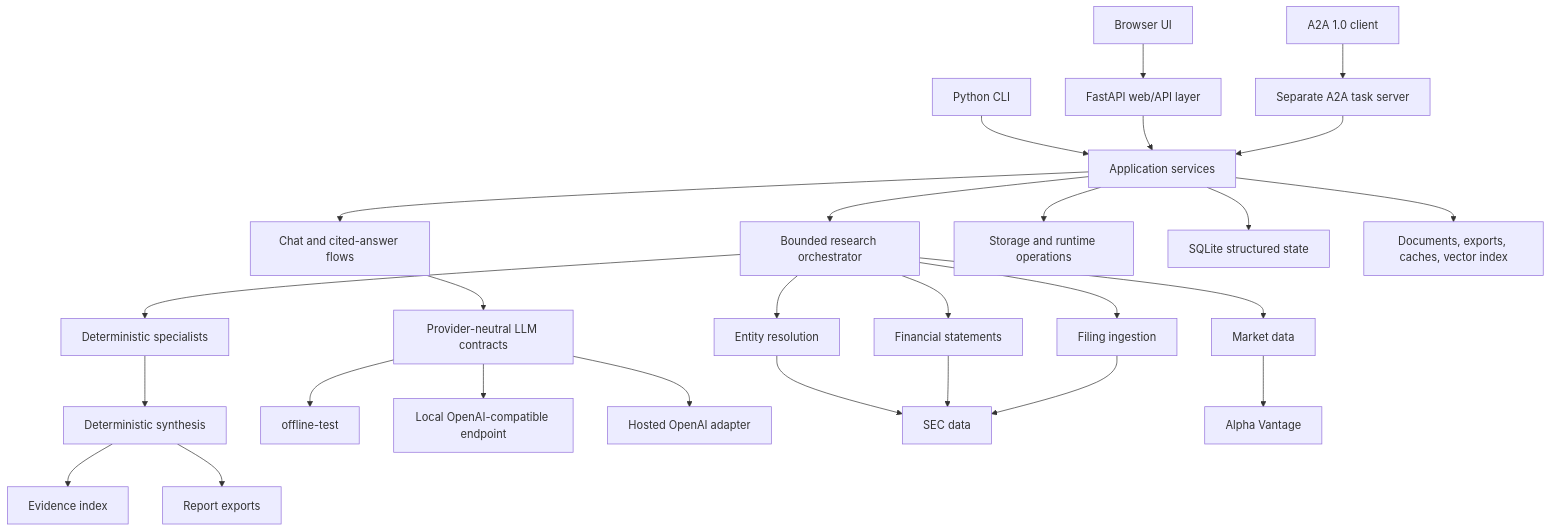
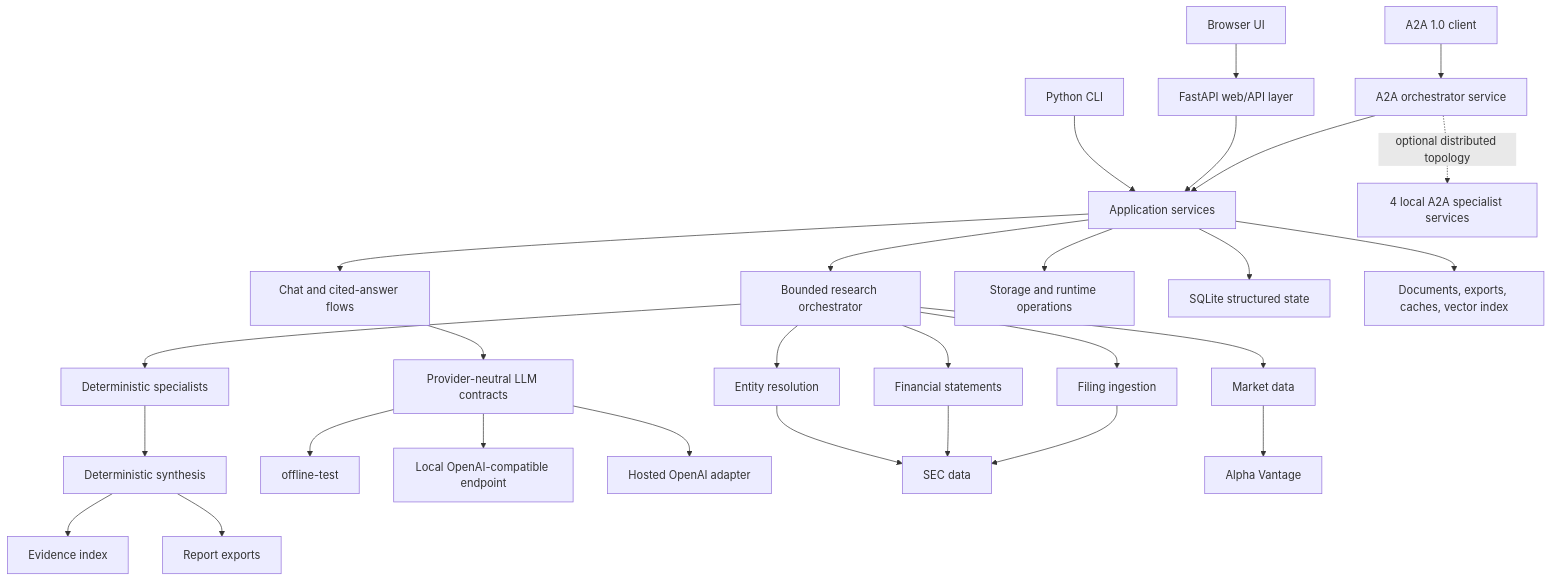
The first of 3 diagrams in docs/architecture.md (Ossi-1337/financial-research-agent), drawn with Mermaid before and after one commit. The commit also changed other lines of this file and 47 other files, not shown here.

First line of the commit message:
Add distributed A2A specialist topology

````diff
--- a/docs/architecture.md
+++ b/docs/architecture.md
@@ -8,34 +8,35 @@
 ```mermaid
 flowchart TB
     Browser["Browser UI"] --> API["FastAPI web/API layer"]
     CLI["Python CLI"] --> Services["Application services"]
     API --> Services
-    A2AClient["A2A 1.0 client"] --> A2AServer["Separate A2A task server"]
+    A2AClient["A2A 1.0 client"] --> A2AServer["A2A orchestrator service"]
     A2AServer --> Services
+    A2AServer -. "optional distributed topology" .-> A2ASpecialists["4 local A2A specialist services"]
 
     Services --> Orchestrator["Bounded research orchestrator"]
     Services --> Chat["Chat and cited-answer flows"]
     Services --> Operations["Storage and runtime operations"]
 
     Orchestrator --> Entity["Entity resolution"]
     Orchestrator --> Market["Market data"]
     Orchestrator --> Statements["Financial statements"]
     Orchestrator --> Filings["Filing ingestion"]
     Orchestrator --> Specialists["Deterministic specialists"]
     Specialists --> Synthesis["Deterministic synthesis"]
     Synthesis --> Evidence["Evidence index"]
     Synthesis --> Exports["Report exports"]
 
     Chat --> LLM["Provider-neutral LLM contracts"]
     LLM --> Offline["offline-test"]
     LLM --> Local["Local OpenAI-compatible endpoint"]
     LLM --> Hosted["Hosted OpenAI adapter"]
 
     Entity --> SEC["SEC data"]
     Statements --> SEC
     Filings --> SEC
     Market --> Alpha["Alpha Vantage"]
 
     Services --> SQLite["SQLite structured state"]
     Services --> Files["Documents, exports, caches, vector index"]
 ```
````
